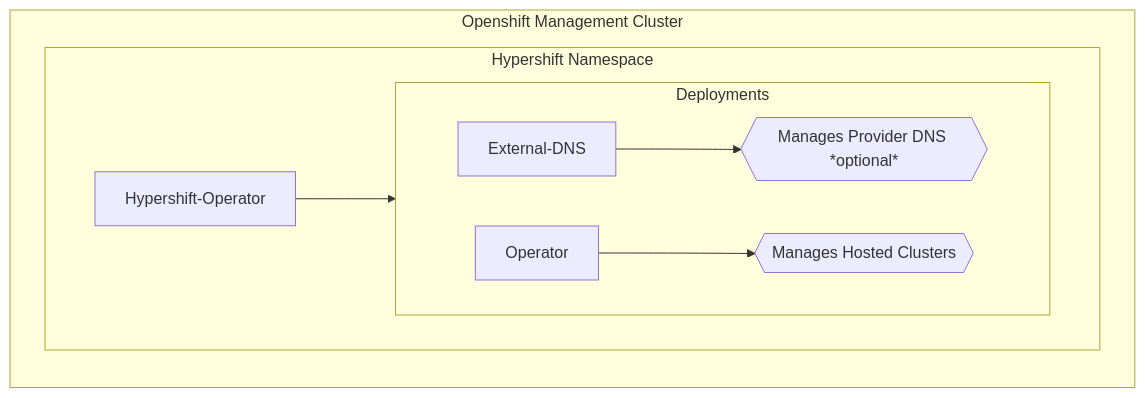
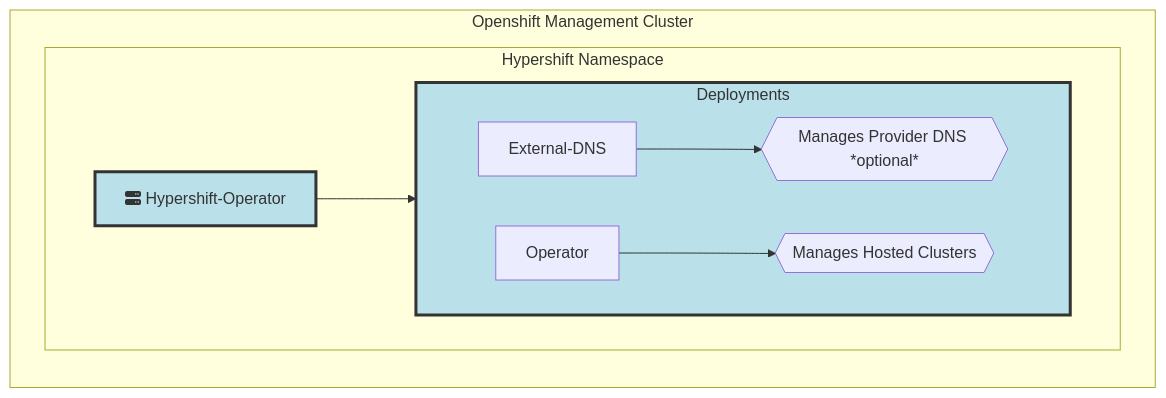
The first of 6 diagrams in docs/content/how-to/aws/index.md (openshift/hypershift), drawn with Mermaid before and after one commit. The commit also changed other lines of this file and 1 other file, not shown here.

Commit message:
Added animated networking diagram with some explanations, also prerequisites and expected components for HC deployment

````diff
--- a/docs/content/how-to/aws/index.md
+++ b/docs/content/how-to/aws/index.md
@@ -13,13 +138,16 @@
 ```mermaid
 flowchart LR
+    style HO fill:#BAE0E9,stroke:#333,stroke-width:3px
+    style HNDEP fill:#BAE0E9,stroke:#333,stroke-width:3px
+
     subgraph "Openshift Management Cluster"
         subgraph HN[Hypershift Namespace]
-        HO[Hypershift-Operator] --> HNDEP[Deployments];
+        HO[fa:fa-server  Hypershift-Operator] --> HNDEP[Deployments];
             subgraph HNDEP[Deployments]
             direction LR
                 External-DNS --> descExD{{Manages Provider DNS *optional* }};
                 Operator --> descOp{{Manages Hosted Clusters}};
             end
         end
     end
 ```
````
